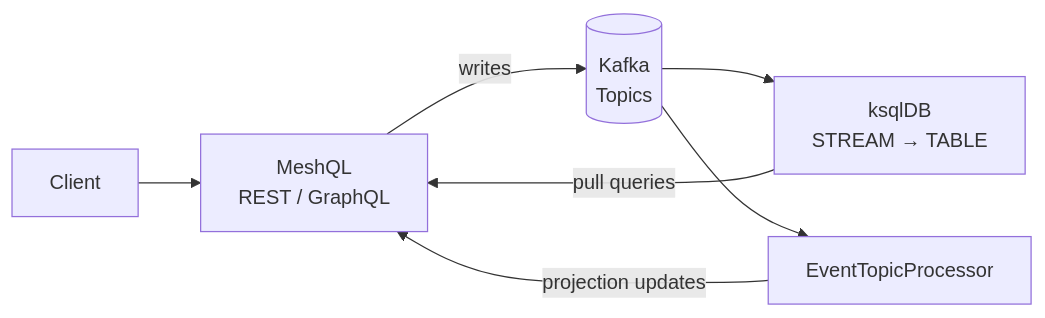
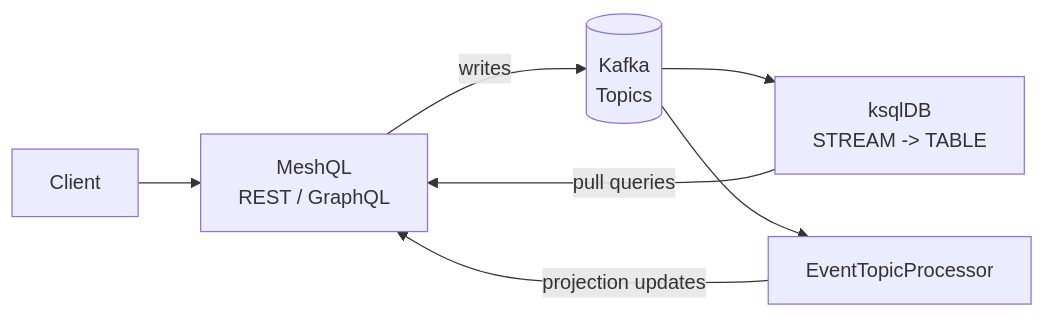
The third of 4 diagrams in docs/architecture/performance.md (tsmarsh/meshql), drawn with Mermaid before and after one commit. The commit also changed other lines of this file and 2 other files, not shown here.

````diff
--- a/docs/architecture/performance.md
+++ b/docs/architecture/performance.md
@@ -196,9 +196,9 @@
 ```mermaid
 graph LR
     client["Client"] --> api["MeshQL<br/>REST / GraphQL"]
     api -->|writes| kafka[("Kafka<br/>Topics")]
-    kafka --> ksqldb["ksqlDB<br/>STREAM → TABLE"]
+    kafka --> ksqldb["ksqlDB<br/>STREAM -> TABLE"]
     ksqldb -->|pull queries| api
     kafka --> proc["EventTopicProcessor"]
     proc -->|projection updates| api
 ```
````
